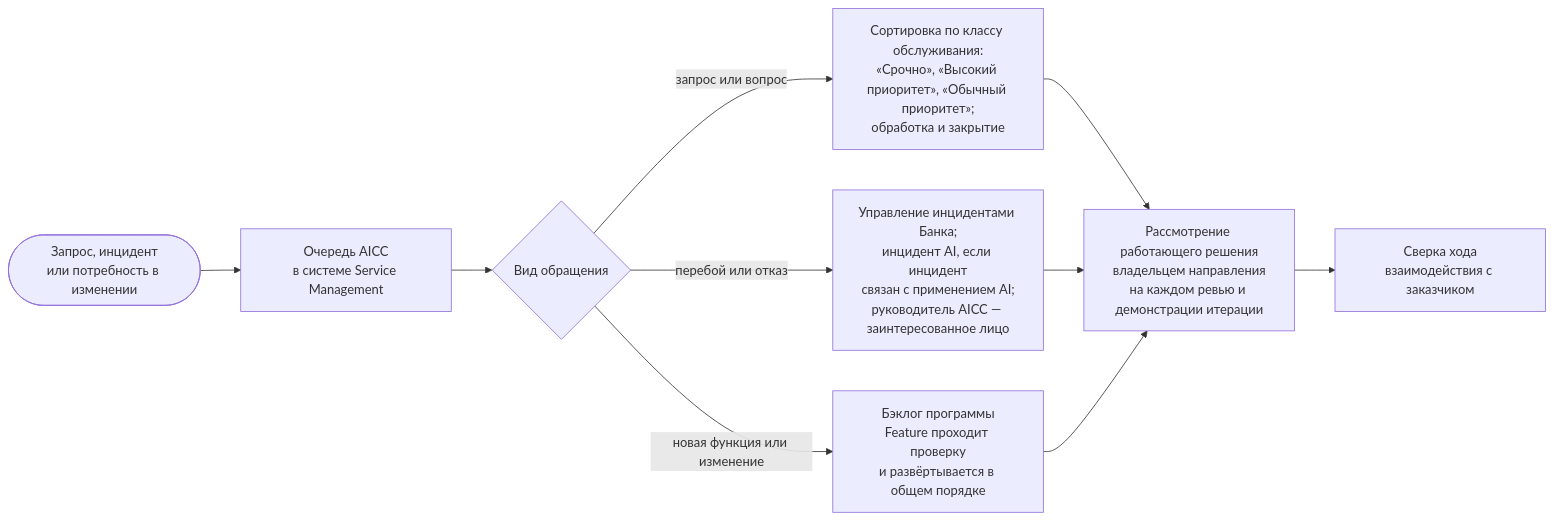
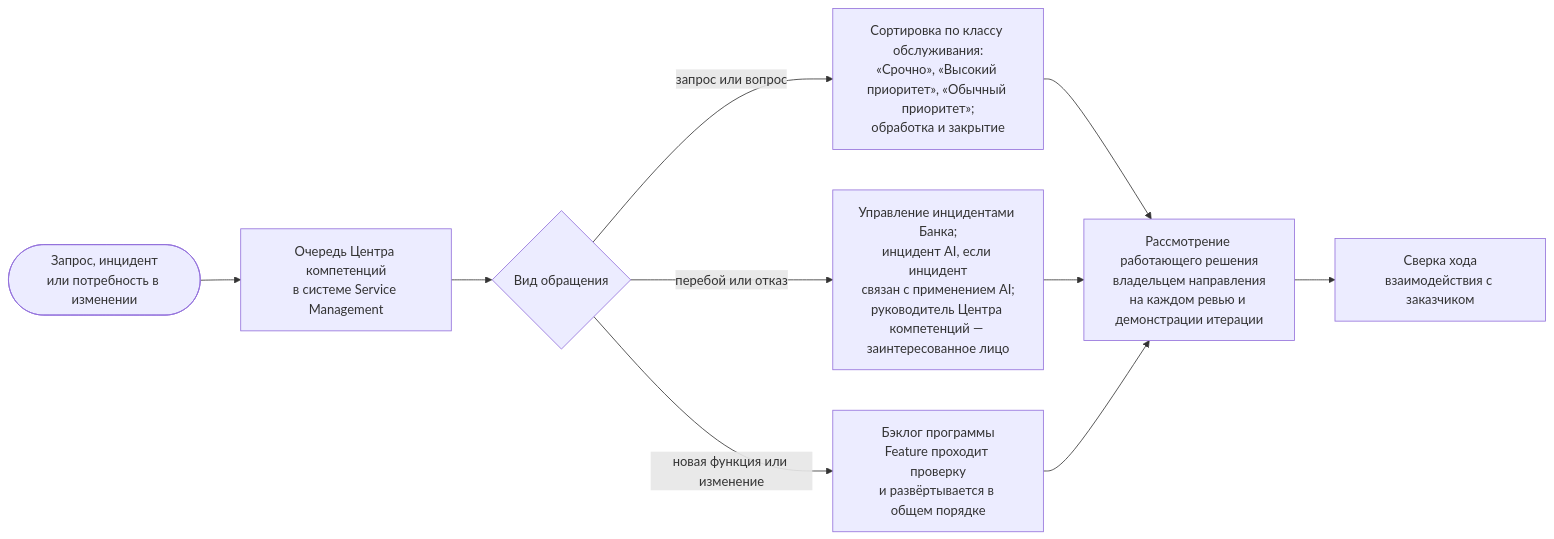
The fourth of 4 diagrams in charter/ru/guides/engagement-guide.md (devhogu/ob-aicc), drawn with Mermaid before and after one commit. The commit also changed other lines of this file and 1149 other files, not shown here.

````diff
--- a/charter/ru/guides/engagement-guide.md
+++ b/charter/ru/guides/engagement-guide.md
@@ -114,12 +114,12 @@
 ```mermaid
 flowchart LR
-  RQ(["Запрос, инцидент<br/>или потребность в изменении"]) --> SM["Очередь AICC<br/>в системе Service Management"]
+  RQ(["Запрос, инцидент<br/>или потребность в изменении"]) --> SM["Очередь Центра компетенций<br/>в системе Service Management"]
   SM --> TR{"Вид обращения"}
   TR -->|"запрос или вопрос"| HD["Сортировка по классу обслуживания:<br/>«Срочно», «Высокий приоритет», «Обычный приоритет»;<br/>обработка и закрытие"]
-  TR -->|"перебой или отказ"| IM["Управление инцидентами Банка;<br/>инцидент AI, если инцидент<br/>связан с применением AI;<br/>руководитель AICC — заинтересованное лицо"]
+  TR -->|"перебой или отказ"| IM["Управление инцидентами Банка;<br/>инцидент AI, если инцидент<br/>связан с применением AI;<br/>руководитель Центра компетенций — заинтересованное лицо"]
   TR -->|"новая функция или изменение"| BL["Бэклог программы<br/>Feature проходит проверку<br/>и развёртывается в общем порядке"]
   HD --> RV["Рассмотрение работающего решения<br/>владельцем направления<br/>на каждом ревью и демонстрации итерации"]
   IM --> RV
   BL --> RV
   RV --> CK["Сверка хода<br/>взаимодействия с заказчиком"]
 ```
````
